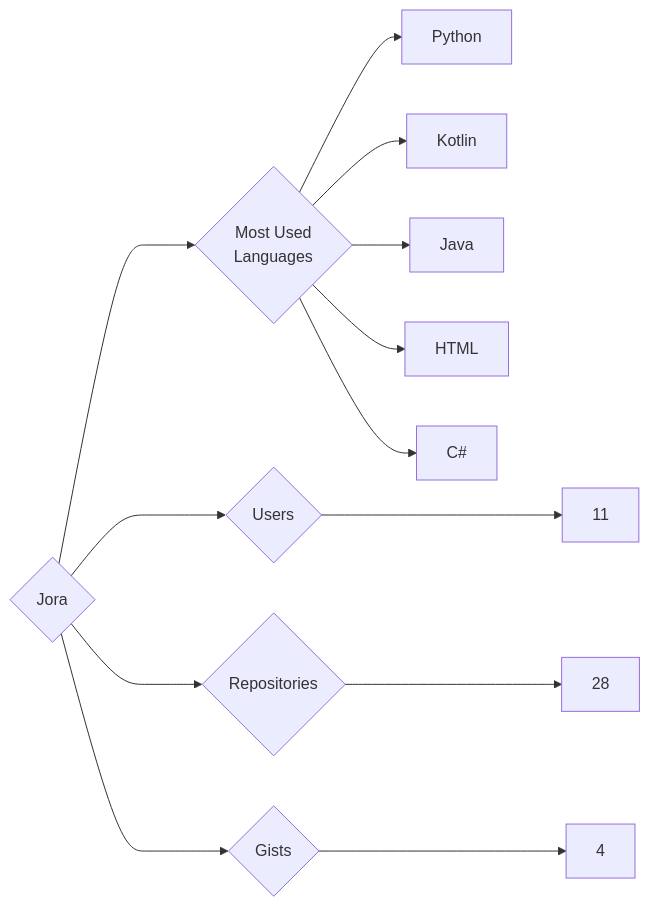
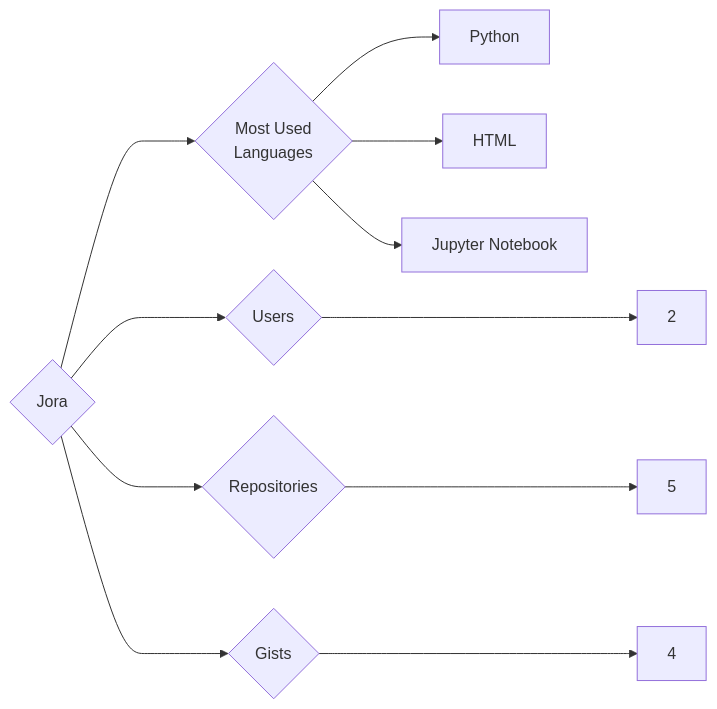
One commit to trickest/insiders changed the diagram in targets/Jora/README.md. Above: the diagram before and after it, drawn with Mermaid. The commit also changed 745 other files, not shown here.

````diff
--- a/targets/Jora/README.md
+++ b/targets/Jora/README.md
@@ -3,13 +3,11 @@
 ```mermaid
 graph LR
 COMPANY_NAME{Jora}
-COMPANY_NAME ---> U{Users} ---> UN[11]
-COMPANY_NAME ---> R{Repositories} ---> RN[28]
+COMPANY_NAME ---> U{Users} ---> UN[2]
+COMPANY_NAME ---> R{Repositories} ---> RN[5]
 COMPANY_NAME ---> G{Gists} ---> GN[4]
 COMPANY_NAME ---> ML{Most Used<br>Languages}
 ML --> Python[Python]
-ML --> Kotlin[Kotlin]
-ML --> Java[Java]
 ML --> HTML[HTML]
-ML --> C#[C#]
+ML --> Jupyter_Notebook[Jupyter Notebook]
 ```
````
